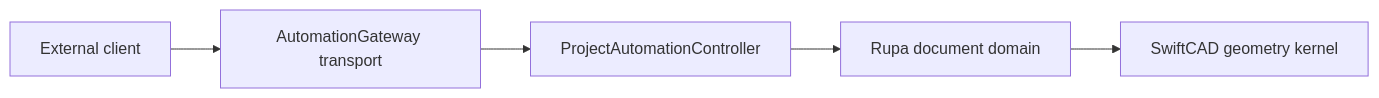
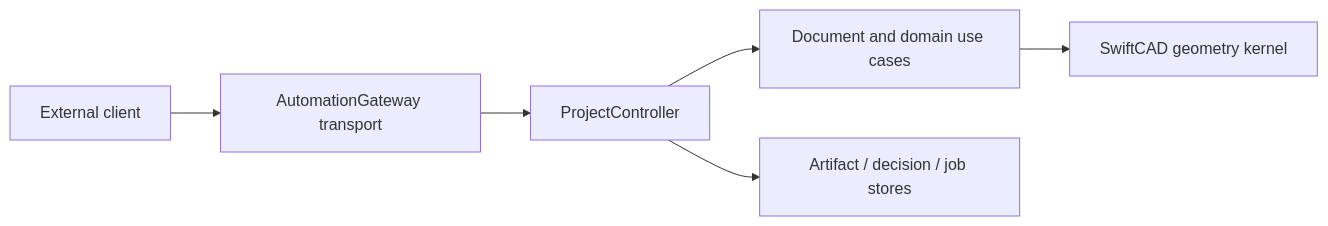
One commit to 1amageek/Rupa changed the diagram in Rupa/AUTOMATION_PROTOCOL.md. Above: the diagram before and after it, drawn with Mermaid. The commit also changed other lines of this file and 447 other files, not shown here.

````diff
--- a/Rupa/AUTOMATION_PROTOCOL.md
+++ b/Rupa/AUTOMATION_PROTOCOL.md
@@ -7,7 +9,8 @@
 ```mermaid
 flowchart LR
     Client["External client"] --> Transport["AutomationGateway transport"]
-    Transport --> Controller["ProjectAutomationController"]
-    Controller --> Domain["Rupa document domain"]
+    Transport --> Controller["ProjectController"]
+    Controller --> Domain["Document and domain use cases"]
+    Controller --> Artifacts["Artifact / decision / job stores"]
     Domain --> Kernel["SwiftCAD geometry kernel"]
 ```
````
